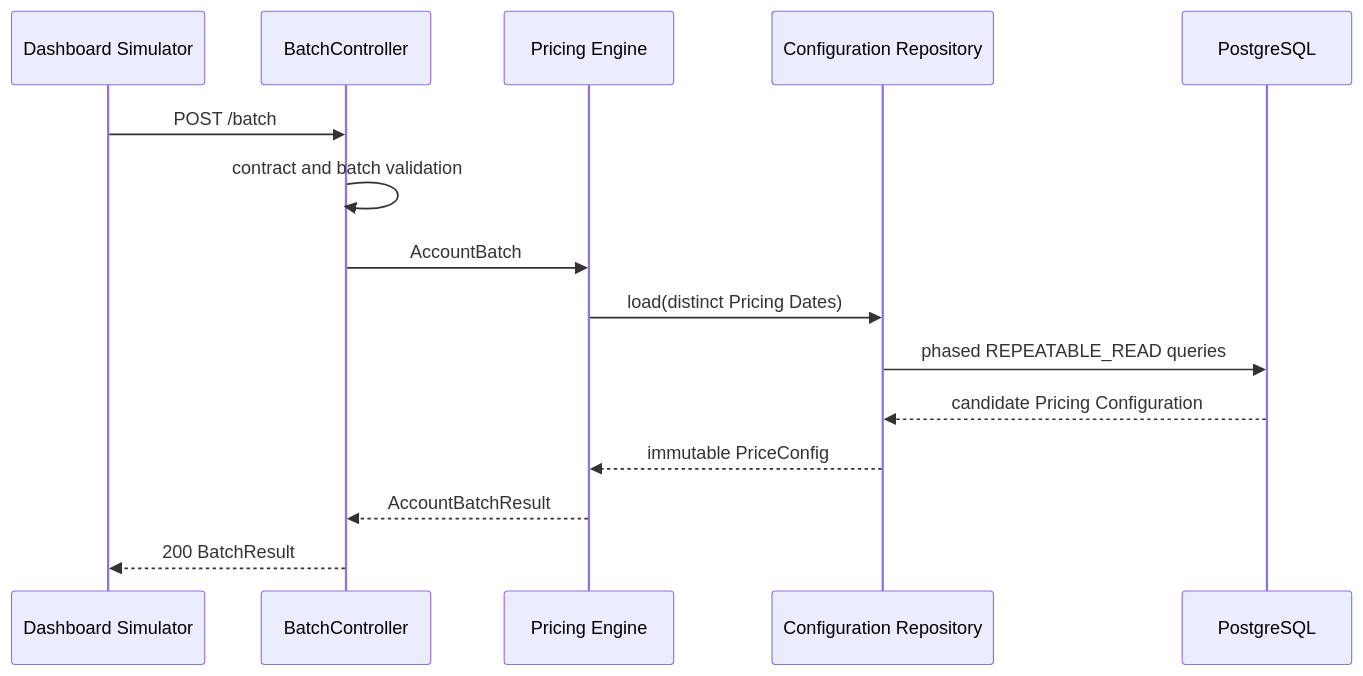
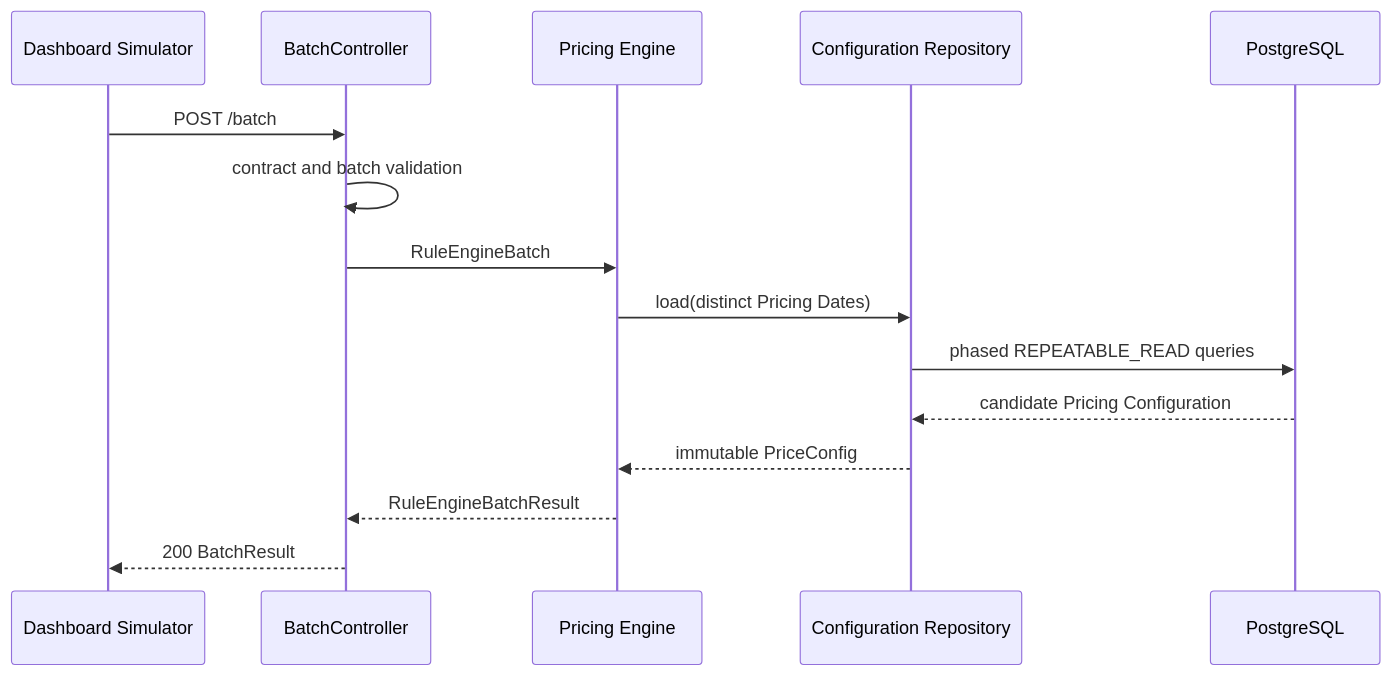
One commit to DerekThree/pricing-app changed the diagram in docs/agents/wiki/03 Workflows/Evaluate a Pricing Batch.md. Above: the diagram before and after it, drawn with Mermaid. The commit also changed other lines of this file and 22 other files, not shown here.

````diff
--- a/docs/agents/wiki/03 Workflows/Evaluate a Pricing Batch.md
+++ b/docs/agents/wiki/03 Workflows/Evaluate a Pricing Batch.md
@@ -13,18 +13,18 @@
 ```mermaid
 sequenceDiagram
     participant UI as Dashboard Simulator
     participant API as BatchController
     participant E as Pricing Engine
     participant R as Configuration Repository
     participant DB as PostgreSQL
 
     UI->>API: POST /batch
     API->>API: contract and batch validation
-    API->>E: AccountBatch
+    API->>E: RuleEngineBatch
     E->>R: load(distinct Pricing Dates)
     R->>DB: phased REPEATABLE_READ queries
     DB-->>R: candidate Pricing Configuration
     R-->>E: immutable PriceConfig
-    E-->>API: AccountBatchResult
+    E-->>API: RuleEngineBatchResult
     API-->>UI: 200 BatchResult
 ```
````
